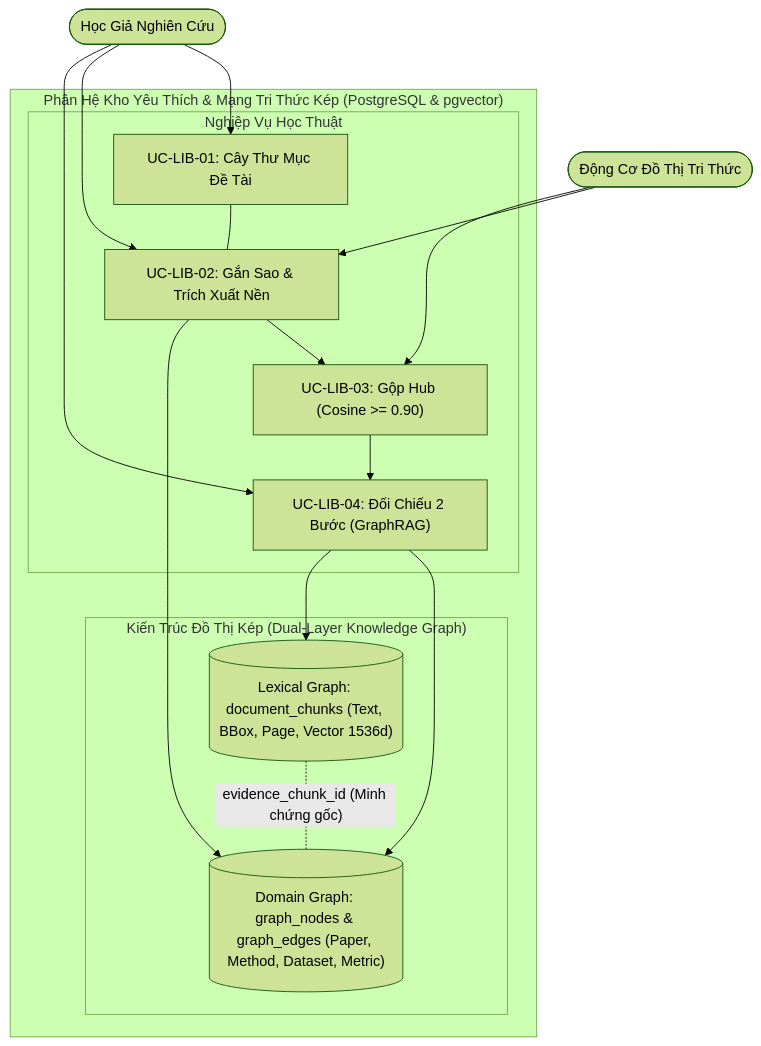
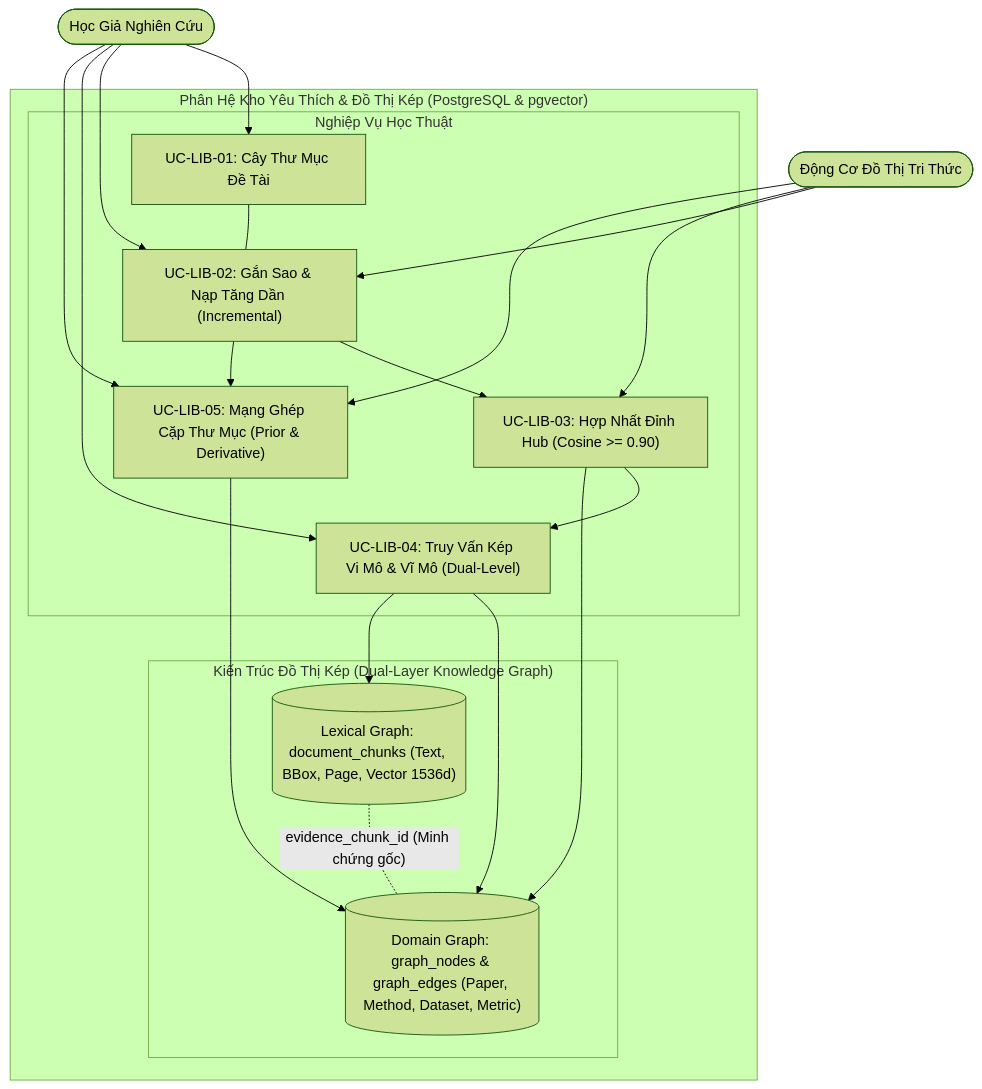
The diagram in docs/PRD/05-favorite-library-and-graphrag.md (dammanhdungvn/VeriScholar), drawn with Mermaid (forest theme) before and after one commit. The commit also changed other lines of this file and 1 other file, not shown here.

Commit message:
docs(spec-05): integrate REA GraphRAG architecture with dual-level retrieval and bibliometrics

````diff
--- a/docs/PRD/05-favorite-library-and-graphrag.md
+++ b/docs/PRD/05-favorite-library-and-graphrag.md
@@ -43,31 +44,36 @@
 ```mermaid
 flowchart TD
     Scholar(["Học Giả Nghiên Cứu"])
     GraphEngine(["Động Cơ Đồ Thị Tri Thức"])
 
-    subgraph LibraryBoundary ["Phân Hệ Kho Yêu Thích & Mạng Tri Thức Kép (PostgreSQL & pgvector)"]
+    subgraph LibraryBoundary ["Phân Hệ Kho Yêu Thích & Đồ Thị Kép (PostgreSQL & pgvector)"]
         subgraph UseCases ["Nghiệp Vụ Học Thuật"]
             UC1["UC-LIB-01: Cây Thư Mục Đề Tài"]
-            UC2["UC-LIB-02: Gắn Sao & Trích Xuất Nền"]
-            UC3["UC-LIB-03: Gộp Hub (Cosine >= 0.90)"]
-            UC4["UC-LIB-04: Đối Chiếu 2 Bước (GraphRAG)"]
+            UC2["UC-LIB-02: Gắn Sao & Nạp Tăng Dần (Incremental)"]
+            UC3["UC-LIB-03: Hợp Nhất Đỉnh Hub (Cosine >= 0.90)"]
+            UC4["UC-LIB-04: Truy Vấn Kép Vi Mô & Vĩ Mô (Dual-Level)"]
+            UC5["UC-LIB-05: Mạng Ghép Cặp Thư Mục (Prior & Derivative)"]
             UC1 --- UC2 --> UC3 --> UC4
+            UC2 --> UC5
         end
 
         subgraph DualGraph ["Kiến Trúc Đồ Thị Kép (Dual-Layer Knowledge Graph)"]
             LexicalGraph[("Lexical Graph: document_chunks (Text, BBox, Page, Vector 1536d)")]
             DomainGraph[("Domain Graph: graph_nodes & graph_edges (Paper, Method, Dataset, Metric)")]
             LexicalGraph -. "evidence_chunk_id (Minh chứng gốc)" .- DomainGraph
         end
 
-        UC2 --> DomainGraph
+        UC3 --> DomainGraph
         UC4 --> DomainGraph
         UC4 --> LexicalGraph
+        UC5 --> DomainGraph
     end
 
     Scholar --> UC1
     Scholar --> UC2
     Scholar --> UC4
+    Scholar --> UC5
     GraphEngine --> UC2
     GraphEngine --> UC3
+    GraphEngine --> UC5
 ```
````
